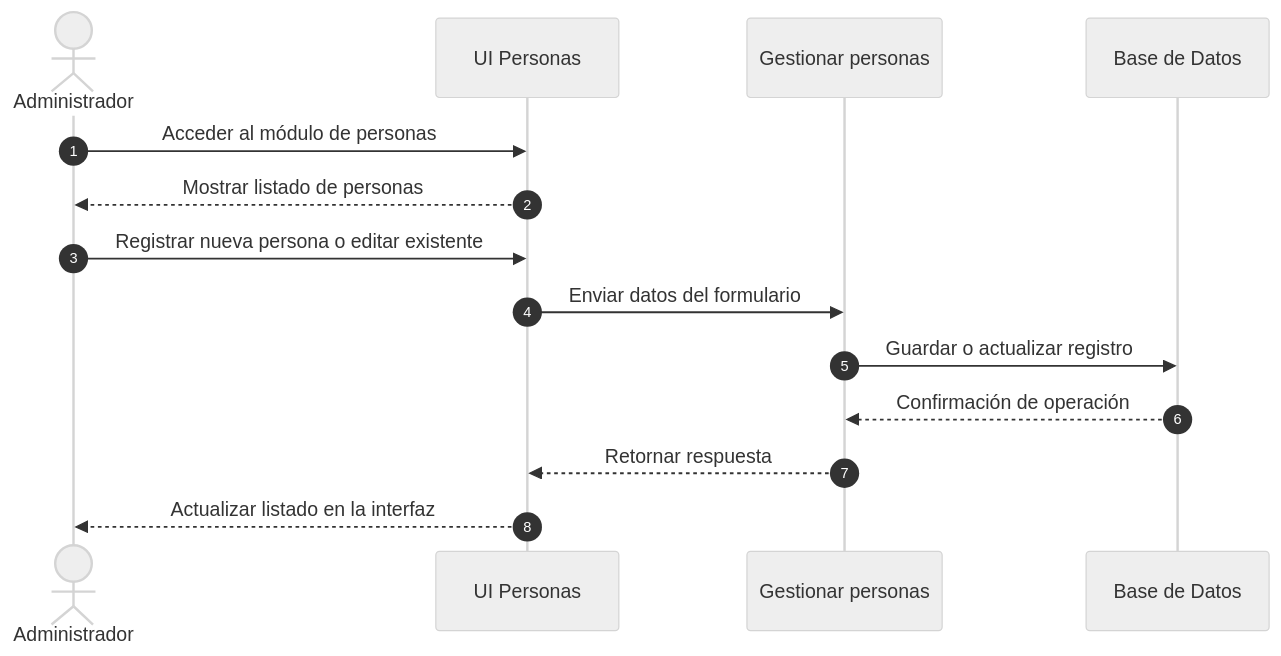
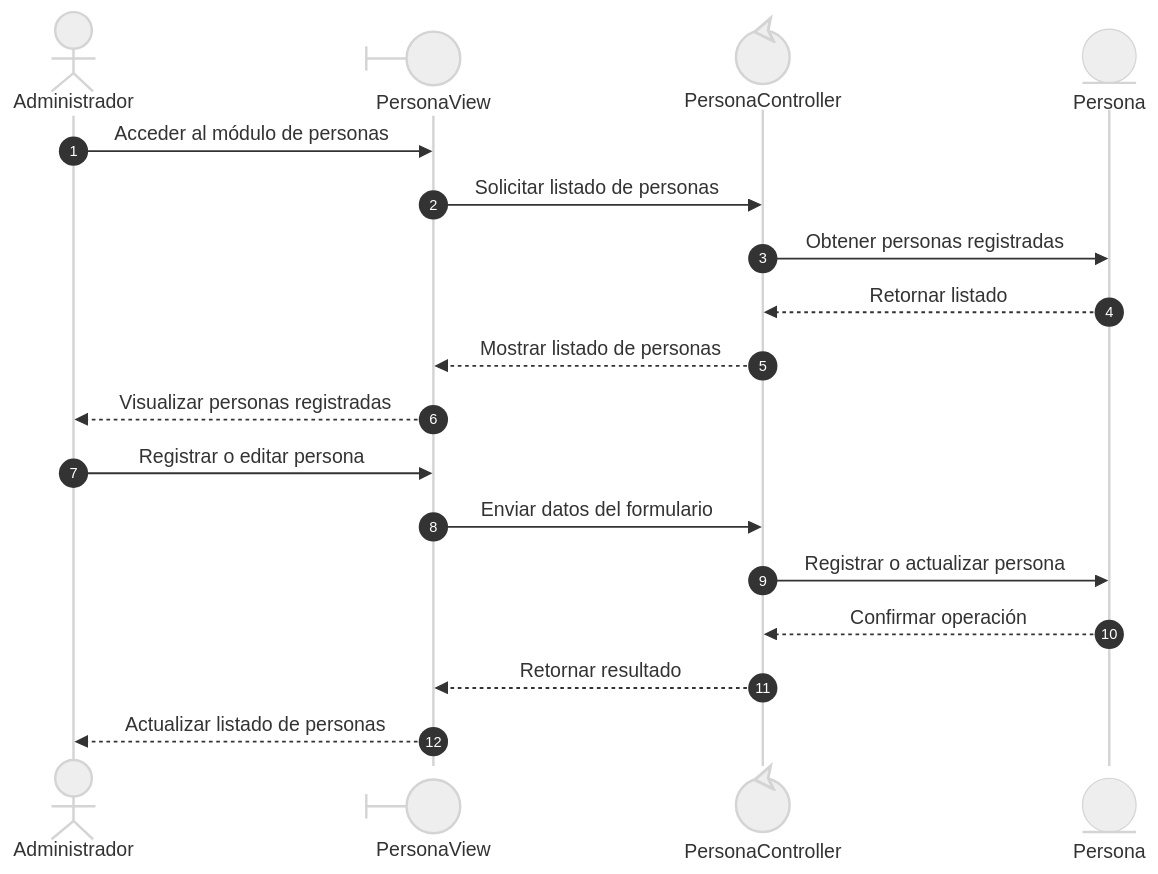
One commit to MAYnerAC/proyecto-clt changed the third of 7 diagrams in README.md. Above: the diagram before and after it, drawn with Mermaid (neutral theme). The commit also changed other lines of this file, not shown here.

Commit message:
Diagramas - Observaciones

````diff
--- a/README.md
+++ b/README.md
@@ -59,18 +75,29 @@
 ```mermaid
 sequenceDiagram
     autonumber
-    actor A1 as Administrador
-    participant UI_Personas as UI Personas
-    participant Gestionar_Personas as Gestionar personas
-    participant BD as Base de Datos
 
-    A1 ->> UI_Personas: Acceder al módulo de personas
-    UI_Personas -->> A1: Mostrar listado de personas
-    A1 ->> UI_Personas: Registrar nueva persona o editar existente
-    UI_Personas ->> Gestionar_Personas: Enviar datos del formulario
-    Gestionar_Personas ->> BD: Guardar o actualizar registro
-    BD -->> Gestionar_Personas: Confirmación de operación
-    Gestionar_Personas -->> UI_Personas: Retornar respuesta
-    UI_Personas -->> A1: Actualizar listado en la interfaz
+    actor Administrador
+
+    participant PersonaView@{ "type": "boundary" }
+    participant PersonaController@{ "type": "control" }
+    participant Persona@{ "type": "entity" }
+
+    Administrador ->> PersonaView: Acceder al módulo de personas
+    PersonaView ->> PersonaController: Solicitar listado de personas
+
+    PersonaController ->> Persona: Obtener personas registradas
+    Persona -->> PersonaController: Retornar listado
+
+    PersonaController -->> PersonaView: Mostrar listado de personas
+    PersonaView -->> Administrador: Visualizar personas registradas
+
+    Administrador ->> PersonaView: Registrar o editar persona
+    PersonaView ->> PersonaController: Enviar datos del formulario
+
+    PersonaController ->> Persona: Registrar o actualizar persona
+    Persona -->> PersonaController: Confirmar operación
+
+    PersonaController -->> PersonaView: Retornar resultado
+    PersonaView -->> Administrador: Actualizar listado de personas
 
 ```
````
